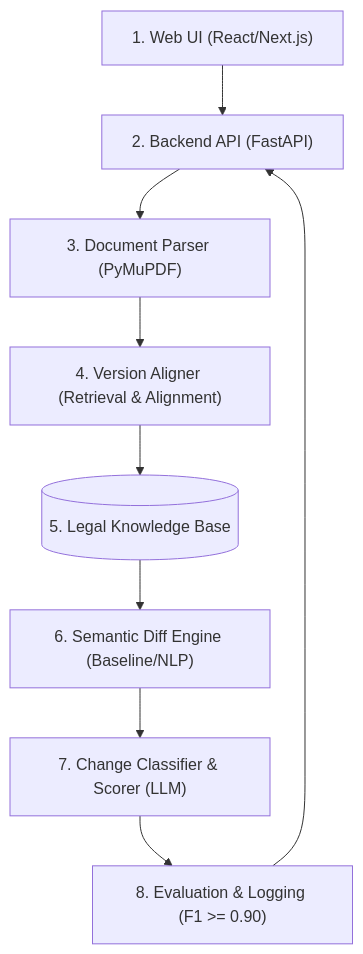
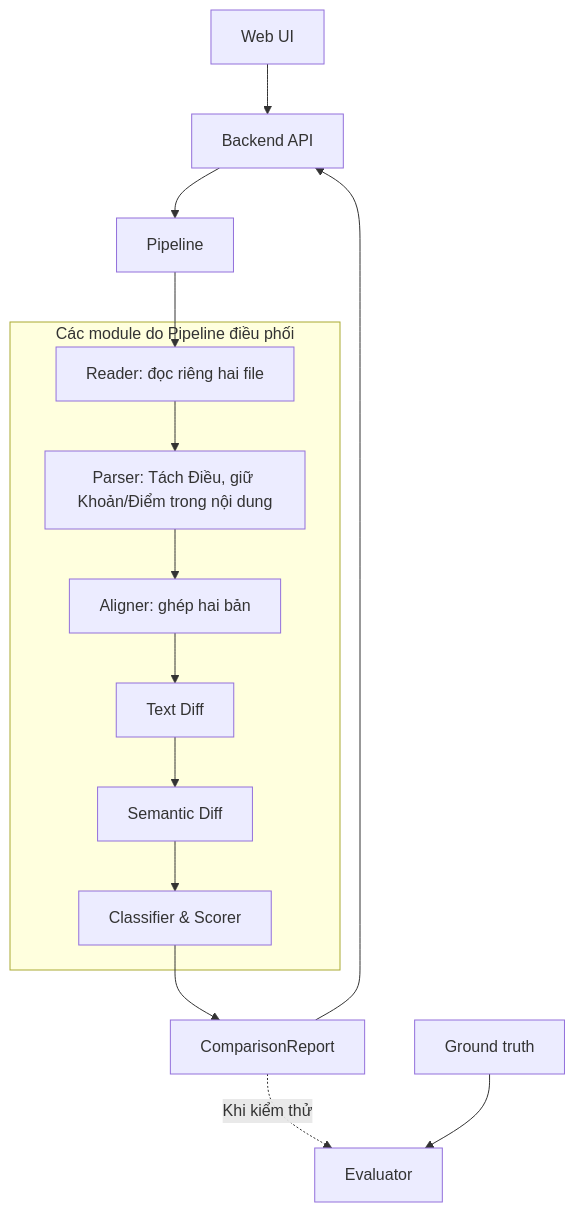
Before and after one commit to Lyra1603/group4_legal_document_change_detection: the diagram in docs/README.md, drawn with Mermaid. The commit also changed other lines of this file, not shown here.

Commit message:
docs : revise README with updated project details
Updated project description and architecture details in README.

````diff
--- a/docs/README.md
+++ b/docs/README.md
@@ -15,11 +19,20 @@
 ```mermaid
 flowchart TD
-    A["1. Web UI (React/Next.js)"] --> B["2. Backend API (FastAPI)"]
-    B --> C["3. Document Parser (PyMuPDF)"]
-    C --> D["4. Version Aligner (Retrieval & Alignment)"]
-    D --> E[("5. Legal Knowledge Base")]
-    E --> F["6. Semantic Diff Engine (Baseline/NLP)"]
-    F --> G["7. Change Classifier & Scorer (LLM)"]
-    G --> H["8. Evaluation & Logging (F1 >= 0.90)"]
-    H --> B
+    UI["Web UI"] --> API["Backend API"]
+    API --> P["Pipeline"]
+
+    subgraph Processing["Các module do Pipeline điều phối"]
+        R["Reader: đọc riêng hai file"] --> PA["Parser: Tách Điều, giữ Khoản/Điểm trong nội dung"]
+        PA --> A["Aligner: ghép hai bản"]
+        A --> T["Text Diff"]
+        T --> S["Semantic Diff"]
+        S --> C["Classifier & Scorer"]
+    end
+
+    P --> R
+    C --> Report["ComparisonReport"]
+    Report --> API
+
+    Report -. "Khi kiểm thử" .-> E["Evaluator"]
+    GT["Ground truth"] --> E
 ```
````
